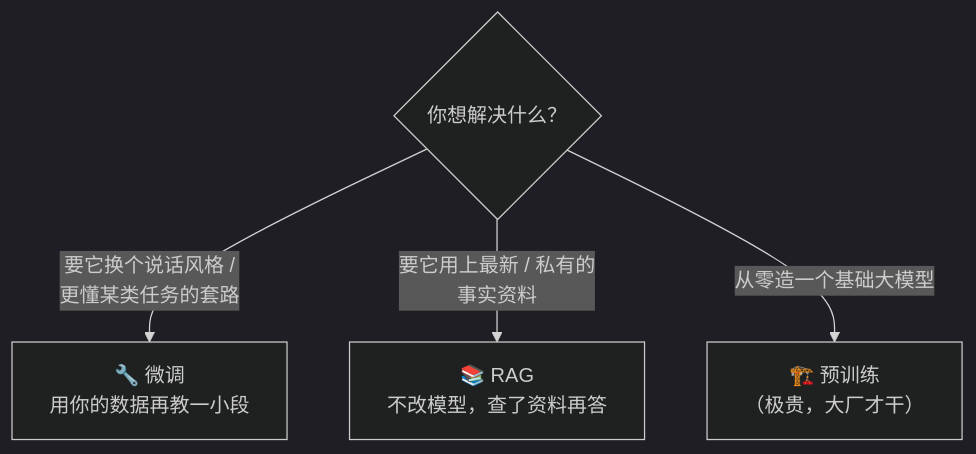
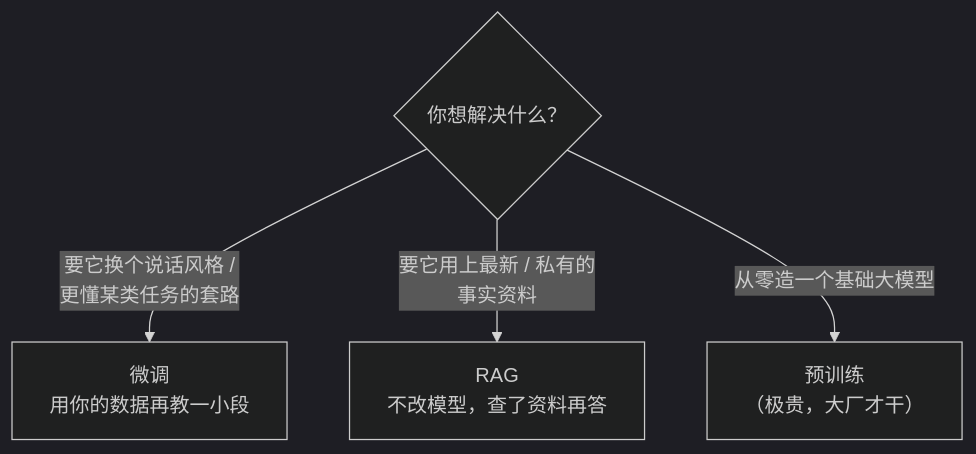
Before and after one commit to luckykhy/KhyAiHub: the sixth of 8 diagrams in docs/02_CONCEPTS_概念入门/CONCEPT/[CONCEPT-13] 什么是深度学习-DeepLearning.md, drawn with Mermaid (dark theme). The commit also changed other lines of this file and 19 other files, not shown here.

````diff
--- a/docs/02_CONCEPTS_概念入门/CONCEPT/[CONCEPT-13] 什么是深度学习-DeepLearning.md
+++ b/docs/02_CONCEPTS_概念入门/CONCEPT/[CONCEPT-13] 什么是深度学习-DeepLearning.md
@@ -184,7 +184,7 @@
 ```mermaid
 flowchart TB
   Q{"你想解决什么？"}
-  Q -->|"要它换个说话风格 /<br/>更懂某类任务的套路"| FT["🔧 微调<br/>用你的数据再教一小段"]
-  Q -->|"要它用上最新 / 私有的<br/>事实资料"| RAG["📚 RAG<br/>不改模型，查了资料再答"]
-  Q -->|"从零造一个基础大模型"| PT["🏗️ 预训练<br/>（极贵，大厂才干）"]
+  Q -->|"要它换个说话风格 /<br/>更懂某类任务的套路"| FT["微调<br/>用你的数据再教一小段"]
+  Q -->|"要它用上最新 / 私有的<br/>事实资料"| RAG["RAG<br/>不改模型，查了资料再答"]
+  Q -->|"从零造一个基础大模型"| PT["预训练<br/>（极贵，大厂才干）"]
 ```
````
